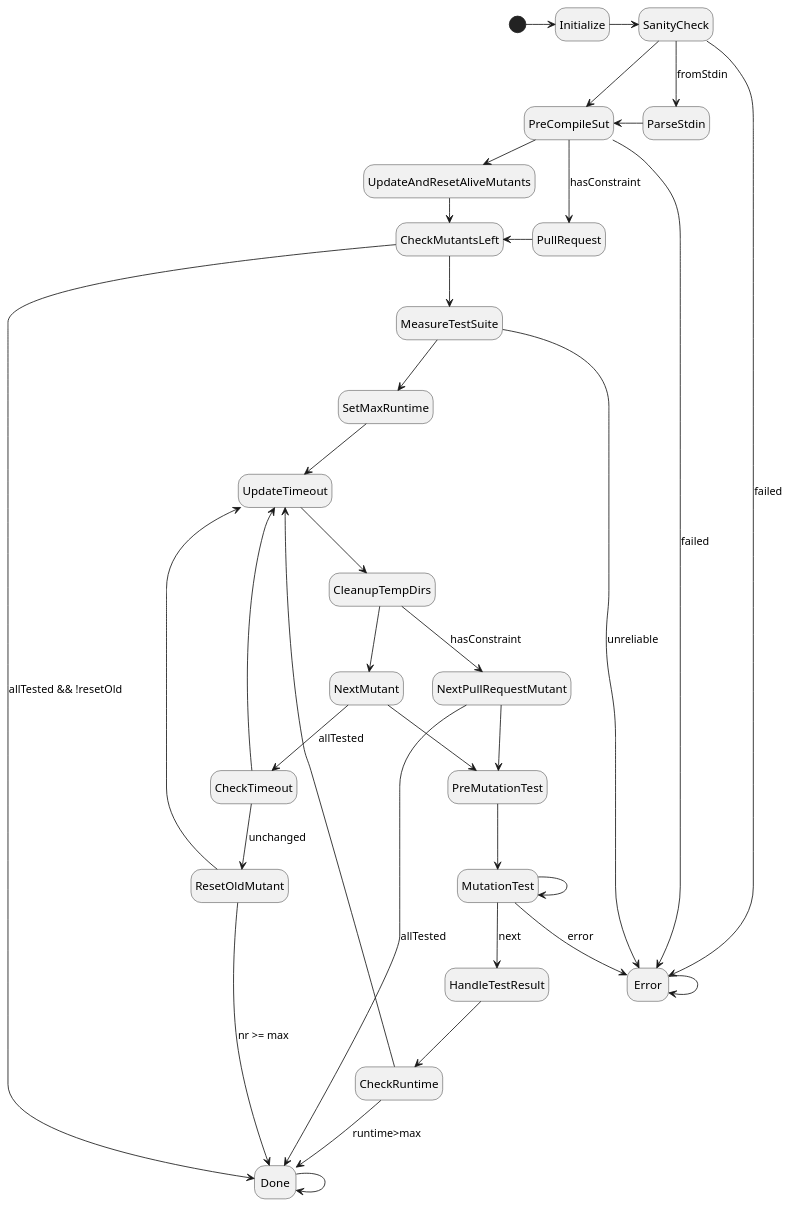
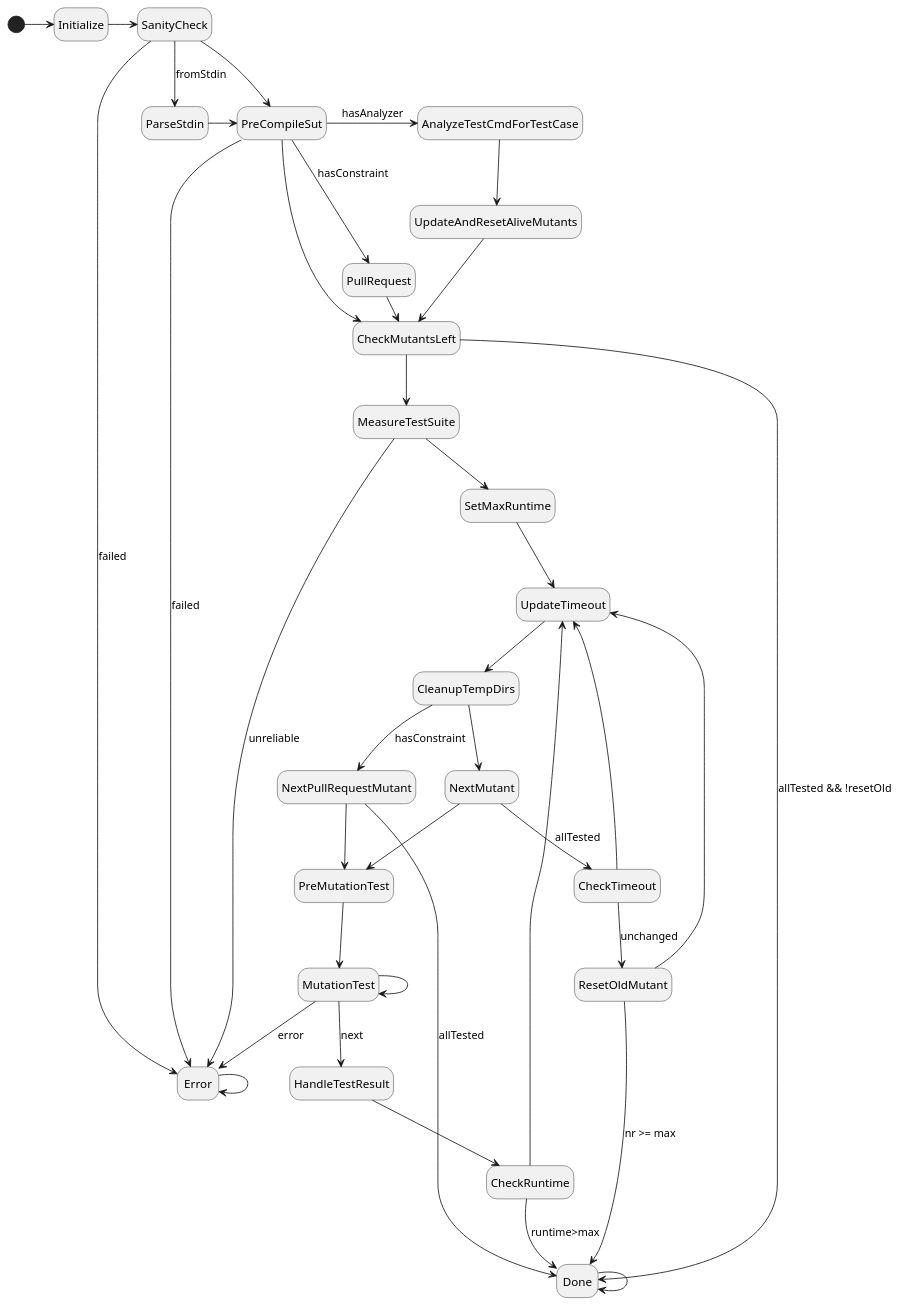
The diagram in plugin/mutate/doc/design/figures/test_mutant_fsm.pu (joakim-brannstrom/dextool), drawn with PlantUML before and after one commit. The commit also changed 6 other files, not shown here.

```diff
--- a/plugin/mutate/doc/design/figures/test_mutant_fsm.pu
+++ b/plugin/mutate/doc/design/figures/test_mutant_fsm.pu
@@ -1,61 +1,64 @@
 @startuml
 hide empty description
 
 [*] -> Initialize
 
 Initialize -> SanityCheck
 
 SanityCheck --> Error : failed
 SanityCheck --> ParseStdin : fromStdin
 SanityCheck -> PreCompileSut
 
 ParseStdin -> PreCompileSut
 
 PreCompileSut --> Error : failed
-PreCompileSut -> UpdateAndResetAliveMutants
+PreCompileSut -> AnalyzeTestCmdForTestCase : hasAnalyzer
 PreCompileSut --> PullRequest : hasConstraint
+PreCompileSut --> CheckMutantsLeft
 
 PullRequest -> CheckMutantsLeft
 
-UpdateAndResetAliveMutants -> CheckMutantsLeft
+AnalyzeTestCmdForTestCase --> UpdateAndResetAliveMutants
+
+UpdateAndResetAliveMutants --> CheckMutantsLeft
 
 UpdateTimeout --> CleanupTempDirs
 
 CleanupTempDirs --> NextMutant
 CleanupTempDirs --> NextPullRequestMutant : hasConstraint
 
 CheckMutantsLeft --> Done : allTested && !resetOld
 CheckMutantsLeft --> MeasureTestSuite
 
 MeasureTestSuite --> Error : unreliable
 MeasureTestSuite --> SetMaxRuntime
 
 SetMaxRuntime --> UpdateTimeout
 
 CheckRuntime --> UpdateTimeout
 CheckRuntime --> Done : runtime>max
 
 NextMutant --> CheckTimeout : allTested
 NextMutant --> PreMutationTest
 
 NextPullRequestMutant --> PreMutationTest
 NextPullRequestMutant --> Done : allTested
 
 PreMutationTest --> MutationTest
 
 MutationTest --> HandleTestResult : next
 MutationTest --> Error : error
 MutationTest --> MutationTest
 
 HandleTestResult --> CheckRuntime
 
 CheckTimeout --> ResetOldMutant : unchanged
 CheckTimeout --> UpdateTimeout
 
 ResetOldMutant --> UpdateTimeout
 ResetOldMutant --> Done : nr >= max
 
 Done --> Done
 
 Error --> Error
 @enduml
```
